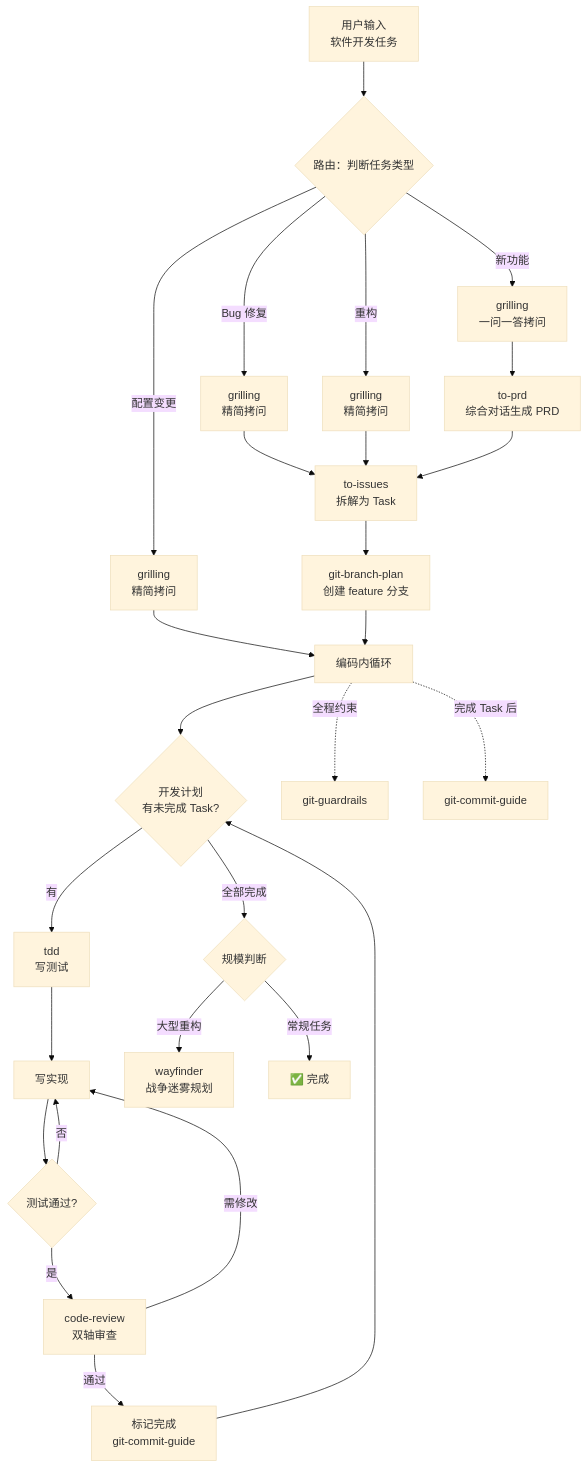
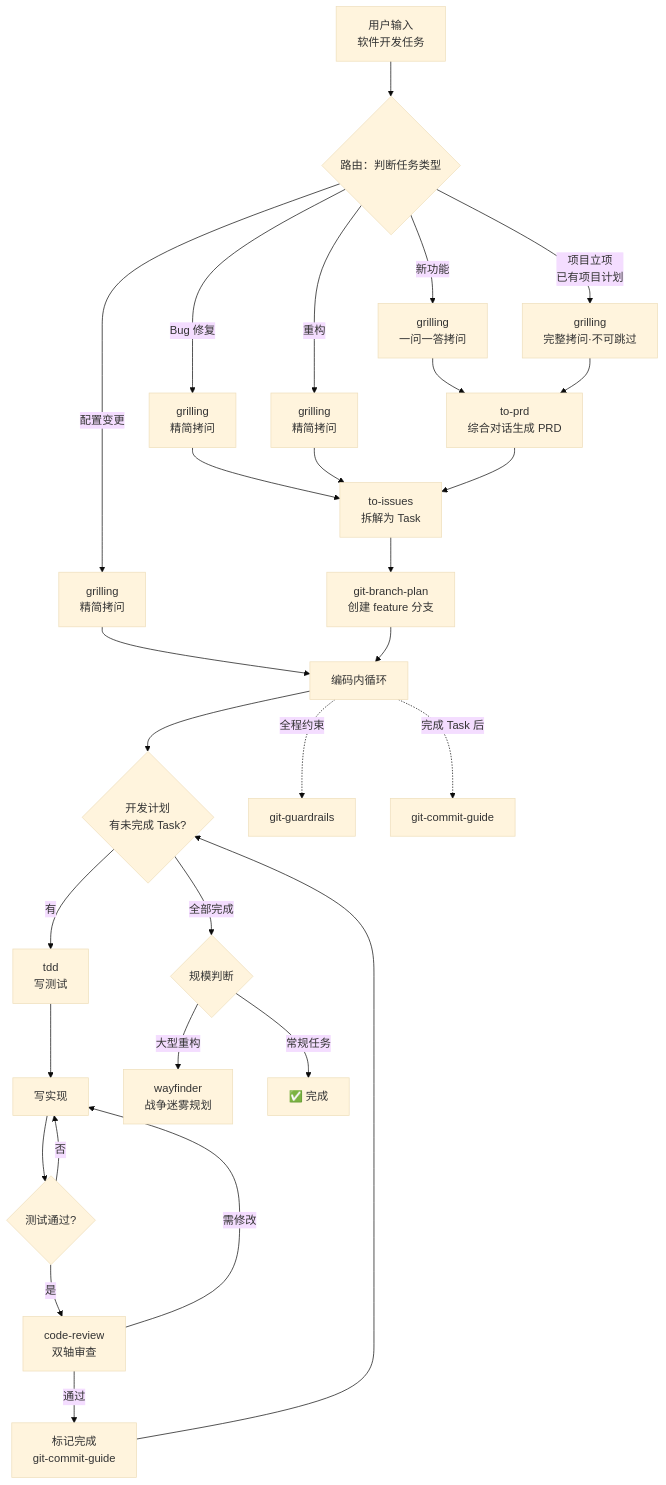
The first of 3 diagrams in docs/Grid Skills 使用手册.md (Grid0723/skills), drawn with Mermaid (base theme) before and after one commit. The commit also changed other lines of this file and 3 other files, not shown here.

First line of the commit message:
feat: Grid 路由新增「项目立项（已有项目计划）」类型

````diff
--- a/docs/Grid Skills 使用手册.md
+++ b/docs/Grid Skills 使用手册.md
@@ -51,33 +51,35 @@
 ```mermaid
 graph TD
     START["用户输入<br/>软件开发任务"] --> ROUTE{路由：判断任务类型}
     ROUTE -->|新功能| GRILL[grilling<br/>一问一答拷问]
     ROUTE -->|Bug 修复| GRILL2[grilling<br/>精简拷问]
     ROUTE -->|重构| GRILL3[grilling<br/>精简拷问]
     ROUTE -->|配置变更| GRILL4[grilling<br/>精简拷问]
+    ROUTE -->|项目立项<br/>已有项目计划| GRILL5[grilling<br/>完整拷问·不可跳过]
     
     GRILL --> PRD[to-prd<br/>综合对话生成 PRD]
     GRILL2 --> ISSUE[to-issues<br/>拆解为 Task]
     GRILL3 --> ISSUE
     GRILL4 --> CODE[编码内循环]
+    GRILL5 --> PRD
     
     PRD --> ISSUE
     ISSUE --> BRANCH[git-branch-plan<br/>创建 feature 分支]
     BRANCH --> CODE
     
     CODE --> LOOP{开发计划<br/>有未完成 Task?}
     LOOP -->|有| TDD[tdd<br/>写测试]
     TDD --> IMPL[写实现]
     IMPL --> PASS{测试通过?}
     PASS -->|否| IMPL
     PASS -->|是| REVIEW[code-review<br/>双轴审查]
     REVIEW -->|通过| DONE[标记完成<br/>git-commit-guide]
     REVIEW -->|需修改| IMPL
     DONE --> LOOP
     LOOP -->|全部完成| END_ROUTE{规模判断}
     END_ROUTE -->|大型重构| WAY[wayfinder<br/>战争迷雾规划]
     END_ROUTE -->|常规任务| FINISH[✅ 完成]
     
     CODE -.->|全程约束| GGRD[git-guardrails]
     CODE -.->|完成 Task 后| GCMT[git-commit-guide]
 ```
````
